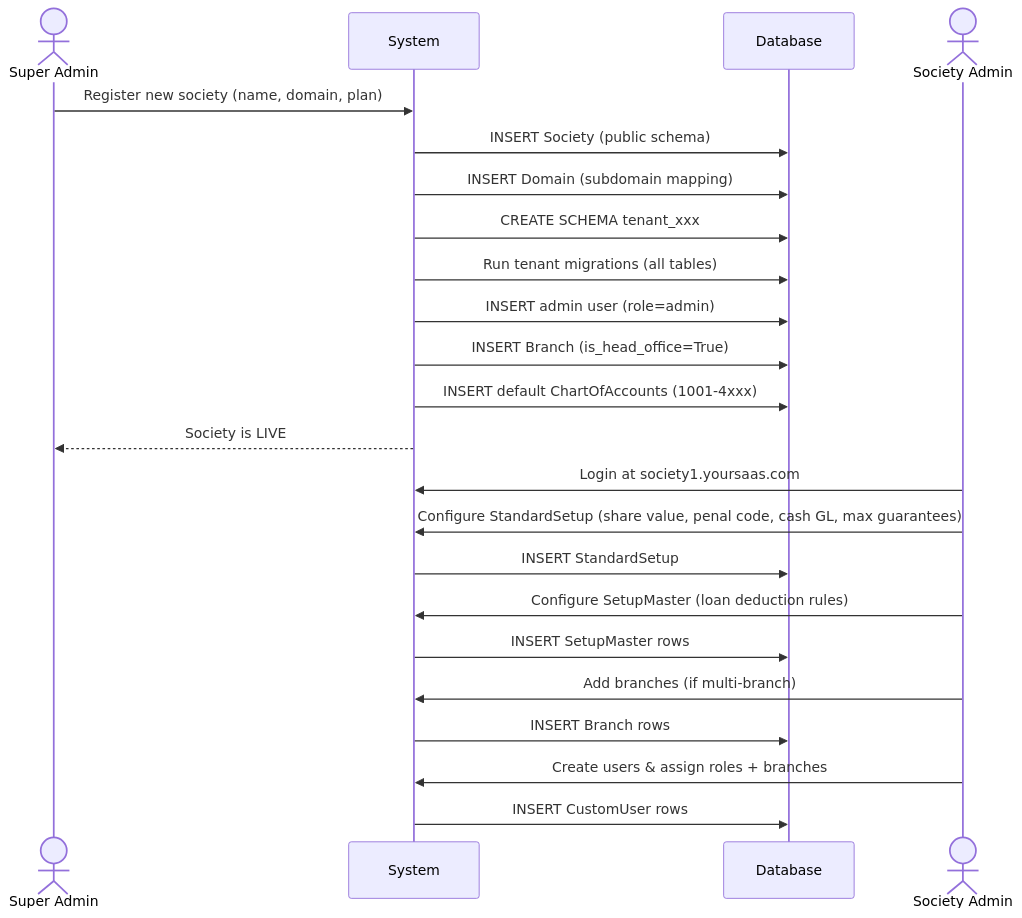
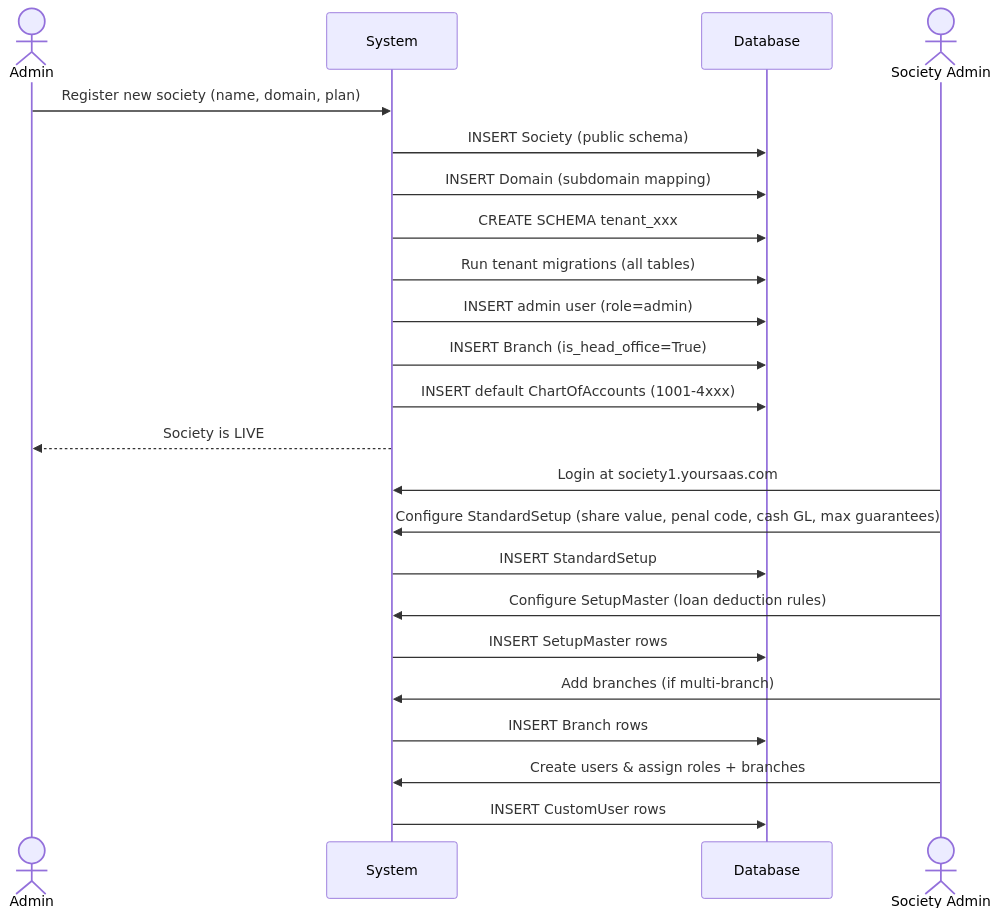
One commit to Shashwat-Manglam-Jain/Infopathsoftwares-societymangement changed the first of 29 diagrams in docs/SWIMLANE_FLOWS.md. Above: the diagram before and after it, drawn with Mermaid. The commit also changed other lines of this file and 206 other files, not shown here.

````diff
--- a/docs/SWIMLANE_FLOWS.md
+++ b/docs/SWIMLANE_FLOWS.md
@@ -9,27 +9,27 @@
 ```mermaid
 sequenceDiagram
-    actor SA as Super Admin
+    actor SA as Admin
     participant SYS as System
     participant DB as Database
     actor ADM as Society Admin
 
     SA->>SYS: Register new society (name, domain, plan)
     SYS->>DB: INSERT Society (public schema)
     SYS->>DB: INSERT Domain (subdomain mapping)
     SYS->>DB: CREATE SCHEMA tenant_xxx
     SYS->>DB: Run tenant migrations (all tables)
     SYS->>DB: INSERT admin user (role=admin)
     SYS->>DB: INSERT Branch (is_head_office=True)
     SYS->>DB: INSERT default ChartOfAccounts (1001-4xxx)
     SYS-->>SA: Society is LIVE
 
     ADM->>SYS: Login at society1.yoursaas.com
     ADM->>SYS: Configure StandardSetup (share value, penal code, cash GL, max guarantees)
     SYS->>DB: INSERT StandardSetup
     ADM->>SYS: Configure SetupMaster (loan deduction rules)
     SYS->>DB: INSERT SetupMaster rows
     ADM->>SYS: Add branches (if multi-branch)
     SYS->>DB: INSERT Branch rows
     ADM->>SYS: Create users & assign roles + branches
     SYS->>DB: INSERT CustomUser rows
 ```
````
